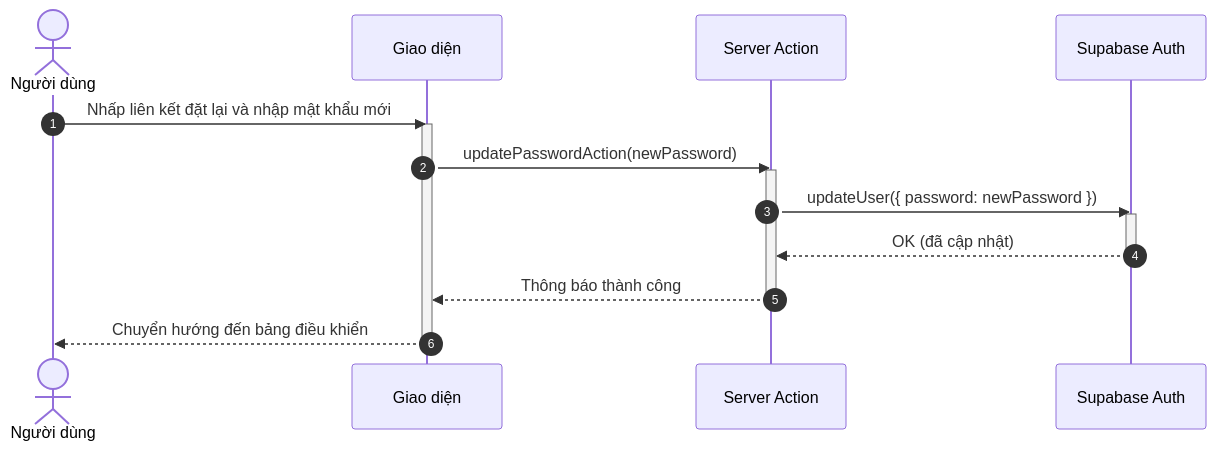
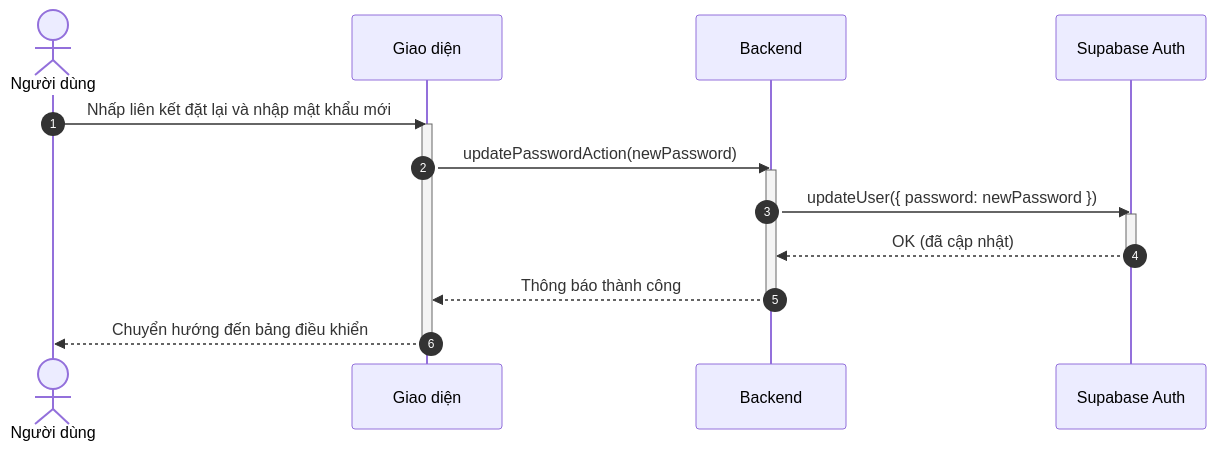
Before and after one commit to ngoctinn/Synapse: the fifth of 7 diagrams in docs/design/sequences/authentication.md, drawn with Mermaid. The commit also changed other lines of this file and 7 other files, not shown here.

Commit message:
docs: Add initial design documentation for authentication, user flows, and algorithm specification.

````diff
--- a/docs/design/sequences/authentication.md
+++ b/docs/design/sequences/authentication.md
@@ -159,24 +149,24 @@
 ```mermaid
 sequenceDiagram
     autonumber
     actor ND as Người dùng
     participant UI as Giao diện
-    participant BFF as Server Action
+    participant BE as Backend
     participant SUPA as Supabase Auth
 
     ND->>UI: Nhấp liên kết đặt lại và nhập mật khẩu mới
     activate UI
-    UI->>BFF: updatePasswordAction(newPassword)
-    activate BFF
+    UI->>BE: updatePasswordAction(newPassword)
+    activate BE
 
-    BFF->>SUPA: updateUser({ password: newPassword })
+    BE->>SUPA: updateUser({ password: newPassword })
     activate SUPA
-    SUPA-->>BFF: OK (đã cập nhật)
+    SUPA-->>BE: OK (đã cập nhật)
     deactivate SUPA
 
-    BFF-->>UI: Thông báo thành công
-    deactivate BFF
+    BE-->>UI: Thông báo thành công
+    deactivate BE
 
     UI-->>ND: Chuyển hướng đến bảng điều khiển
     deactivate UI
 ```
````
